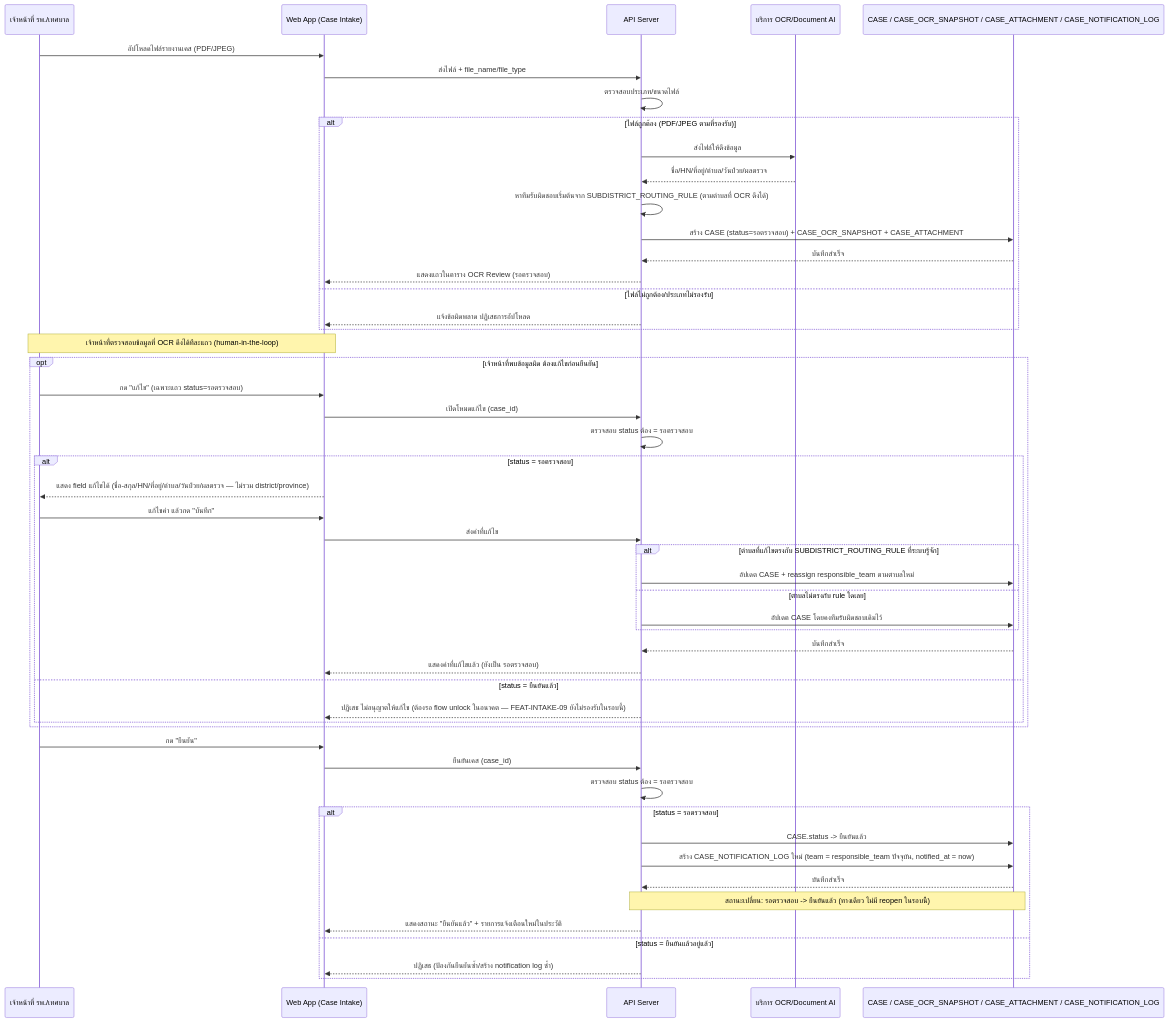
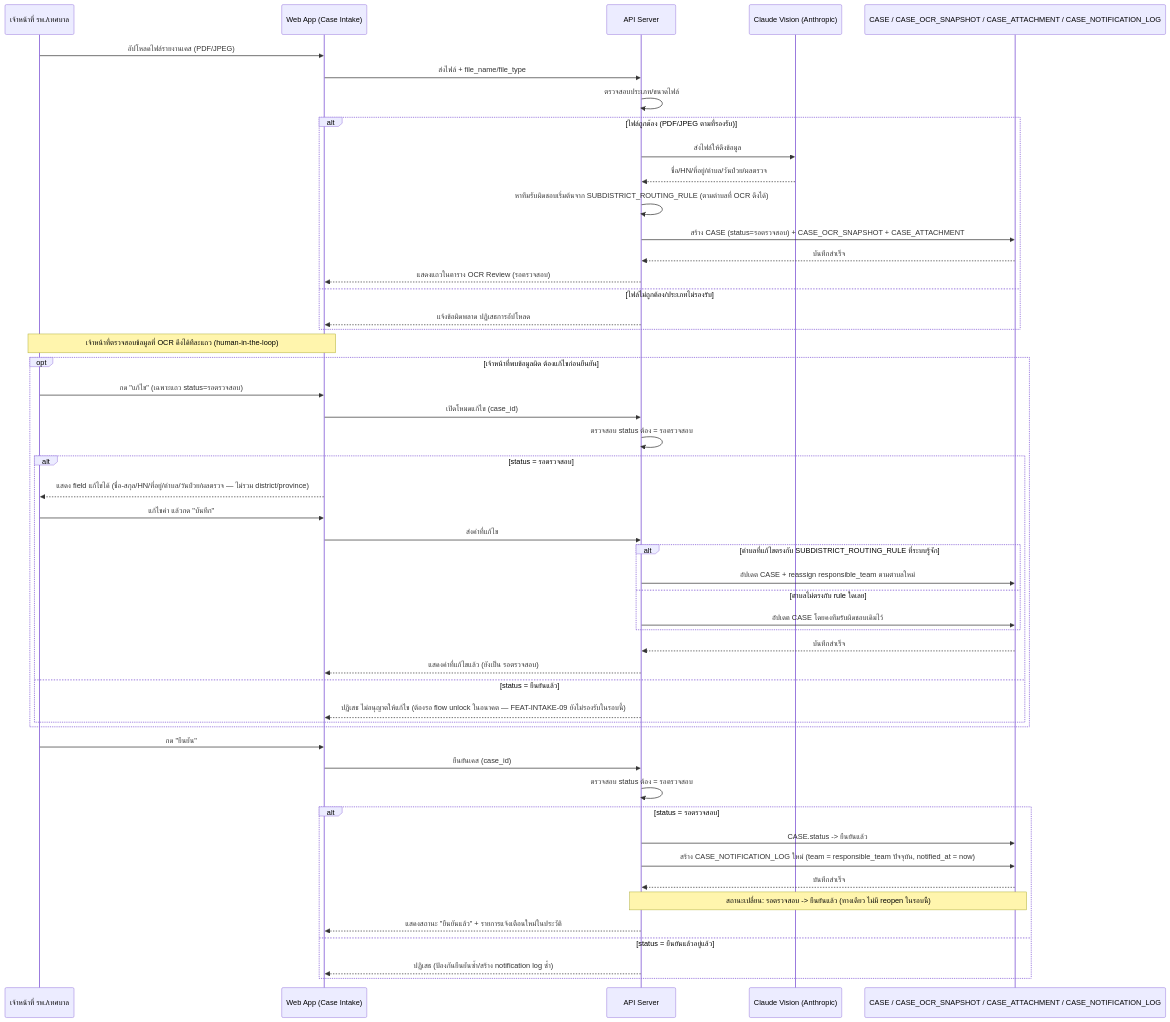
One commit to Plabuchill/AI-DSRP changed the first of 17 diagrams in docs/02-design/02-technical/DETAILED-DESIGN.md. Above: the diagram before and after it, drawn with Mermaid. The commit also changed other lines of this file, not shown here.

First line of the commit message:
Sync confirmed OCR/Geocoding vendors into DETAILED-DESIGN.md

````diff
--- a/docs/02-design/02-technical/DETAILED-DESIGN.md
+++ b/docs/02-design/02-technical/DETAILED-DESIGN.md
@@ -34,57 +34,57 @@
 ```mermaid
 sequenceDiagram
   participant จนท as เจ้าหน้าที่ รพ./เทศบาล
   participant UI as Web App (Case Intake)
   participant API as API Server
-  participant OCR as บริการ OCR/Document AI
+  participant OCR as Claude Vision (Anthropic)
   participant Data as CASE / CASE_OCR_SNAPSHOT / CASE_ATTACHMENT / CASE_NOTIFICATION_LOG
 
   จนท->>UI: อัปโหลดไฟล์รายงานเคส (PDF/JPEG)
   UI->>API: ส่งไฟล์ + file_name/file_type
   API->>API: ตรวจสอบประเภท/ขนาดไฟล์
   alt ไฟล์ถูกต้อง (PDF/JPEG ตามที่รองรับ)
     API->>OCR: ส่งไฟล์ให้ดึงข้อมูล
     OCR-->>API: ชื่อ/HN/ที่อยู่/ตำบล/วันป่วย/ผลตรวจ
     API->>API: หาทีมรับผิดชอบเริ่มต้นจาก SUBDISTRICT_ROUTING_RULE (ตามตำบลที่ OCR ดึงได้)
     API->>Data: สร้าง CASE (status=รอตรวจสอบ) + CASE_OCR_SNAPSHOT + CASE_ATTACHMENT
     Data-->>API: บันทึกสำเร็จ
     API-->>UI: แสดงแถวในตาราง OCR Review (รอตรวจสอบ)
   else ไฟล์ไม่ถูกต้อง/ประเภทไม่รองรับ
     API-->>UI: แจ้งข้อผิดพลาด ปฏิเสธการอัปโหลด
   end
 
   Note over จนท,UI: เจ้าหน้าที่ตรวจสอบข้อมูลที่ OCR ดึงได้ทีละแถว (human-in-the-loop)
 
   opt เจ้าหน้าที่พบข้อมูลผิด ต้องแก้ไขก่อนยืนยัน
     จนท->>UI: กด "แก้ไข" (เฉพาะแถว status=รอตรวจสอบ)
     UI->>API: เปิดโหมดแก้ไข (case_id)
     API->>API: ตรวจสอบ status ต้อง = รอตรวจสอบ
     alt status = รอตรวจสอบ
       UI-->>จนท: แสดง field แก้ไขได้ (ชื่อ-สกุล/HN/ที่อยู่/ตำบล/วันป่วย/ผลตรวจ — ไม่รวม district/province)
       จนท->>UI: แก้ไขค่า แล้วกด "บันทึก"
       UI->>API: ส่งค่าที่แก้ไข
       alt ตำบลที่แก้ไขตรงกับ SUBDISTRICT_ROUTING_RULE ที่ระบบรู้จัก
         API->>Data: อัปเดต CASE + reassign responsible_team ตามตำบลใหม่
       else ตำบลไม่ตรงกับ rule ใดเลย
         API->>Data: อัปเดต CASE โดยคงทีมรับผิดชอบเดิมไว้
       end
       Data-->>API: บันทึกสำเร็จ
       API-->>UI: แสดงค่าที่แก้ไขแล้ว (ยังเป็น รอตรวจสอบ)
     else status = ยืนยันแล้ว
       API-->>UI: ปฏิเสธ ไม่อนุญาตให้แก้ไข (ต้องรอ flow unlock ในอนาคต — FEAT-INTAKE-09 ยังไม่รองรับในรอบนี้)
     end
   end
 
   จนท->>UI: กด "ยืนยัน"
   UI->>API: ยืนยันเคส (case_id)
   API->>API: ตรวจสอบ status ต้อง = รอตรวจสอบ
   alt status = รอตรวจสอบ
     API->>Data: CASE.status -> ยืนยันแล้ว
     API->>Data: สร้าง CASE_NOTIFICATION_LOG ใหม่ (team = responsible_team ปัจจุบัน, notified_at = now)
     Data-->>API: บันทึกสำเร็จ
     Note over API,Data: สถานะเปลี่ยน: รอตรวจสอบ -> ยืนยันแล้ว (ทางเดียว ไม่มี reopen ในรอบนี้)
     API-->>UI: แสดงสถานะ "ยืนยันแล้ว" + รายการแจ้งเตือนใหม่ในประวัติ
   else status = ยืนยันแล้วอยู่แล้ว
     API-->>UI: ปฏิเสธ (ป้องกันยืนยันซ้ำ/สร้าง notification log ซ้ำ)
   end
 ```
````
